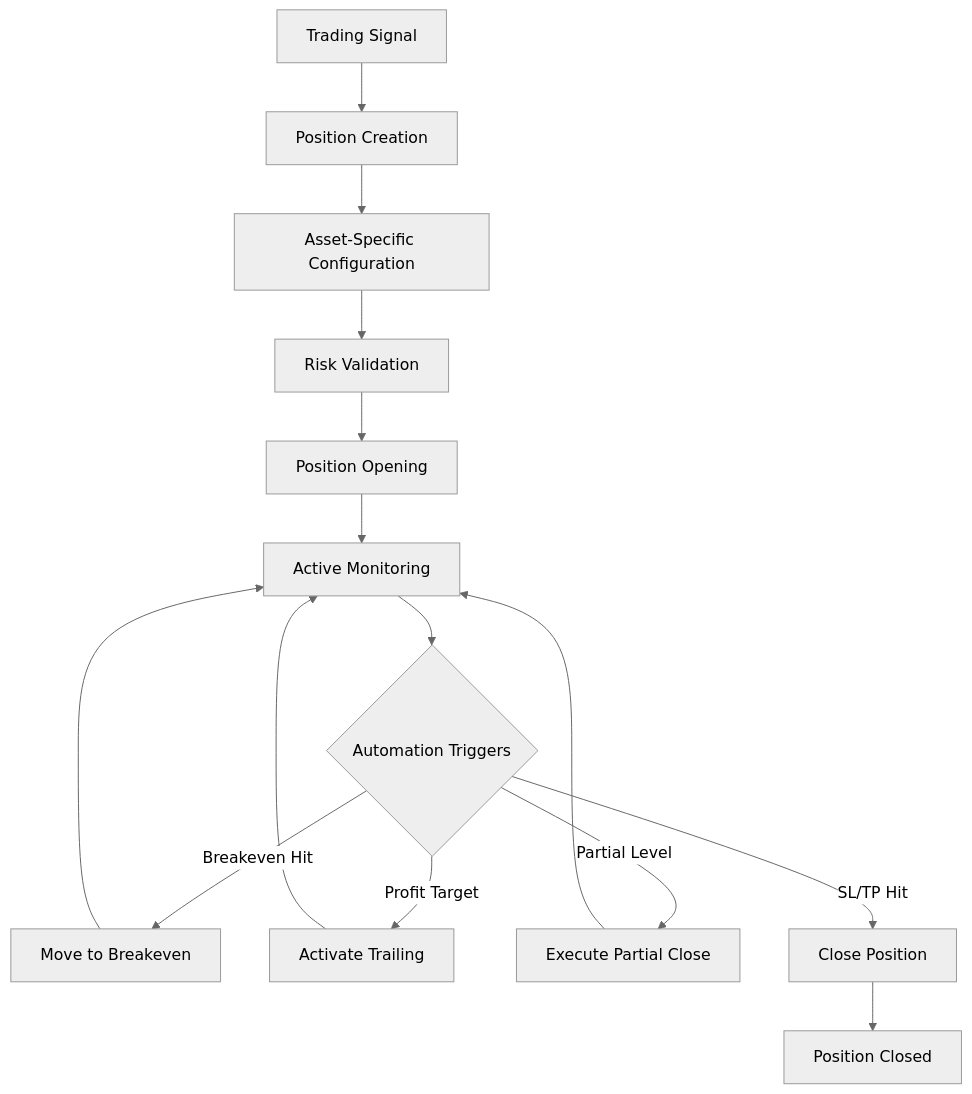
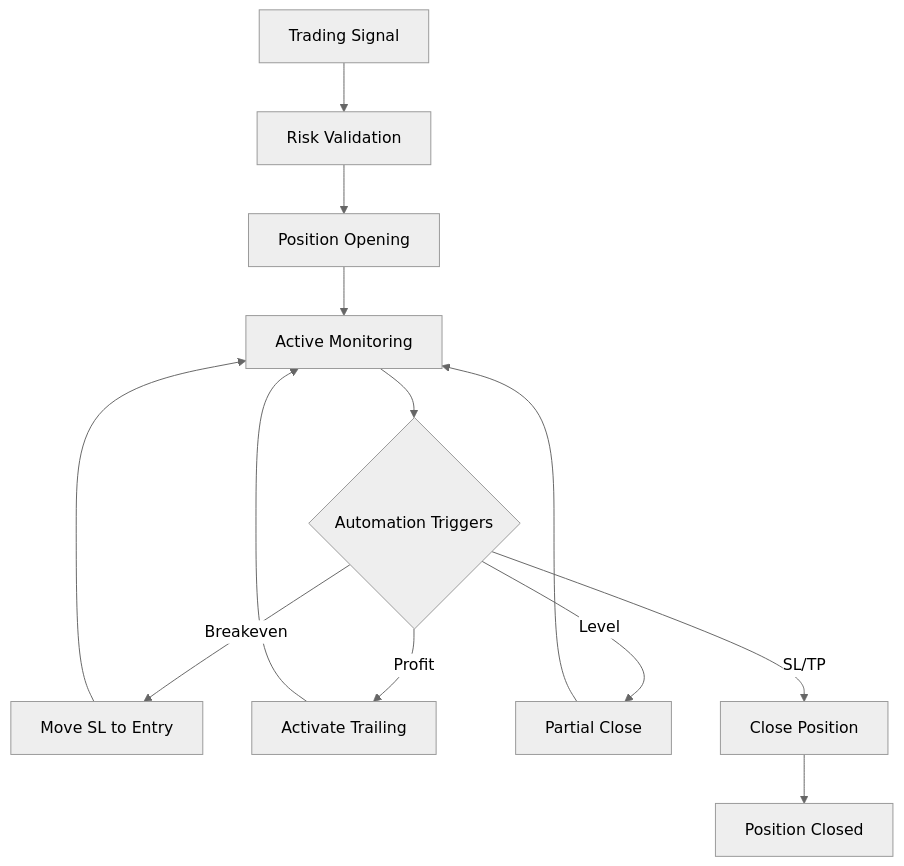
One commit to ndra969/trading-bot changed the diagram in docs/trading/position-management-architecture.md. Above: the diagram before and after it, drawn with Mermaid (neutral theme). The commit also changed other lines of this file and 12 other files, not shown here.

````diff
--- a/docs/trading/position-management-architecture.md
+++ b/docs/trading/position-management-architecture.md
@@ -125,17 +80,15 @@
 ```mermaid
 graph TD
-    A[Trading Signal] --> B[Position Creation]
-    B --> C[Asset-Specific Configuration]
-    C --> D[Risk Validation]
-    D --> E[Position Opening]
-    E --> F[Active Monitoring]
-    F --> G{Automation Triggers}
-    G -->|Breakeven Hit| H[Move to Breakeven]
-    G -->|Profit Target| I[Activate Trailing]
-    G -->|Partial Level| J[Execute Partial Close]
-    G -->|SL/TP Hit| K[Close Position]
-    H --> F
-    I --> F
-    J --> F
-    K --> L[Position Closed]
+    A[Trading Signal] --> B[Risk Validation]
+    B --> C[Position Opening]
+    C --> D[Active Monitoring]
+    D --> E{Automation Triggers}
+    E -->|Breakeven| F[Move SL to Entry]
+    E -->|Profit| G[Activate Trailing]
+    E -->|Level| H[Partial Close]
+    E -->|SL/TP| I[Close Position]
+    F --> D
+    G --> D
+    H --> D
+    I --> J[Position Closed]
 ```
````
